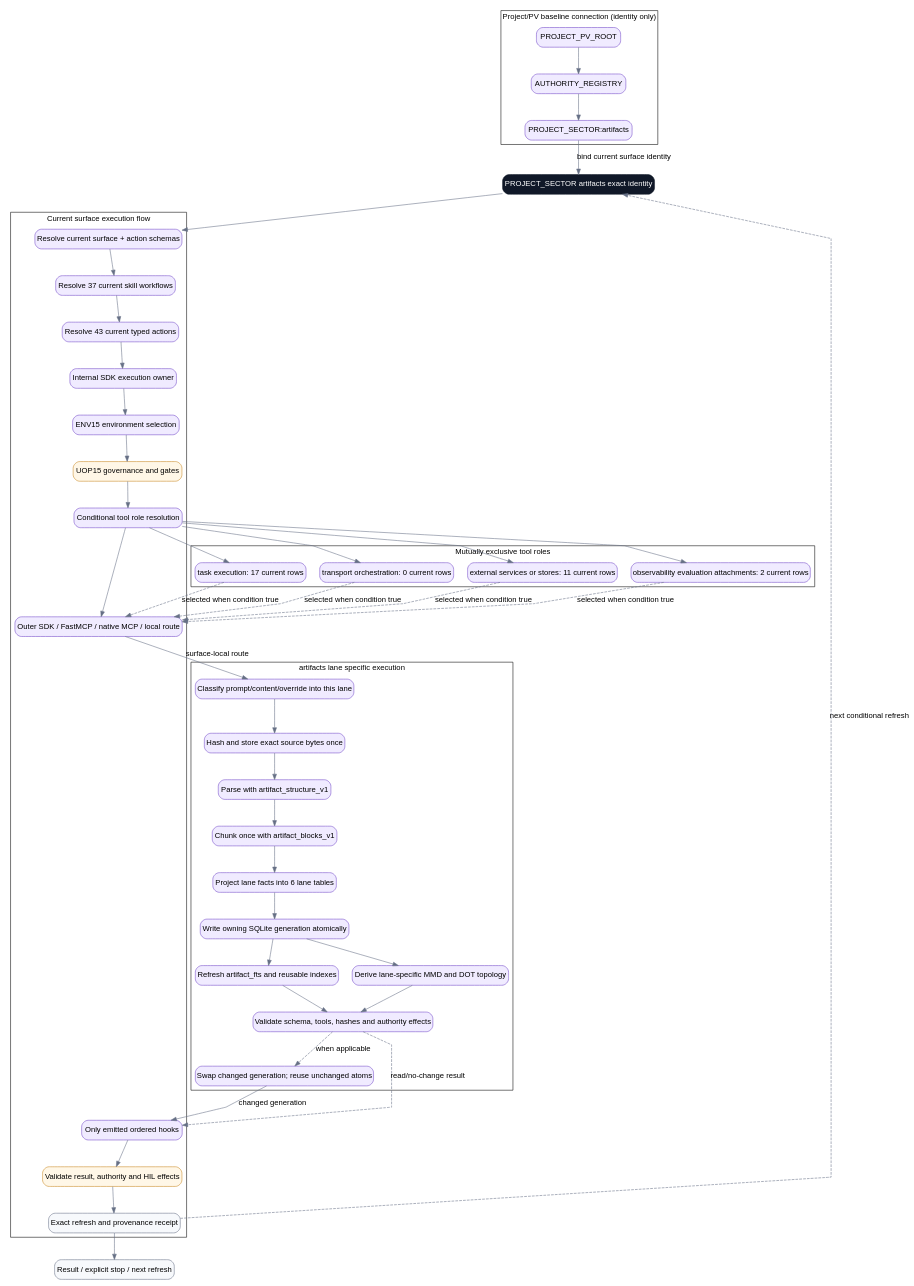
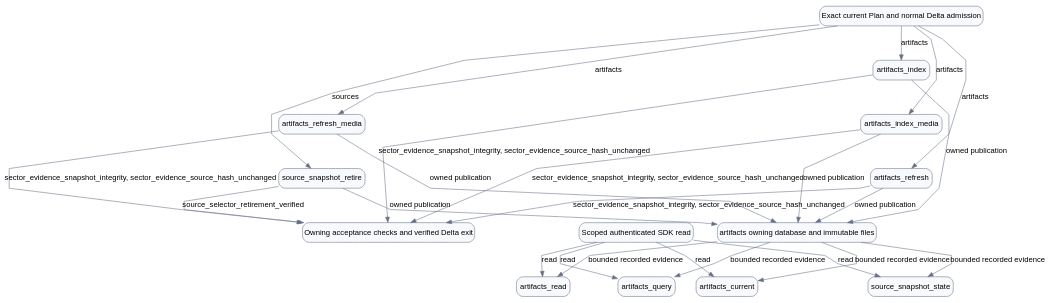
The diagram in plugins/evidence-lane-plugin/authorities/project_sectors/artifacts/workflow.dot (rathee000001/evidence_lane_plugin), drawn with Graphviz before and after one commit. The commit also changed 4606 other files, not shown here.

Commit message:
feat: build Evidence Lane v4 preinstall candidate

```diff
--- a/plugins/evidence-lane-plugin/authorities/project_sectors/artifacts/workflow.dot
+++ b/plugins/evidence-lane-plugin/authorities/project_sectors/artifacts/workflow.dot
@@ -1,85 +1,46 @@
-digraph surface_project_sector_artifacts {
+digraph workflow_artifacts {
   // EVIDENCE_LANE_GRAPH_ENGINE=PYTHON_GRAPHVIZ
   // PYTHON_GRAPHVIZ_VERSION=0.21
   bgcolor=white compound=true fontname=Arial newrank=true nodesep=0.35 rankdir=TB ranksep=0.65 splines=polyline
   node [color="#667085" fontname=Arial shape=box style="rounded,filled"]
   edge [color="#667085" fontname=Arial]
-  ENTRY [label="PROJECT_SECTOR artifacts exact identity" color="#101828" fillcolor="#101828" fontcolor=white shape=box style="rounded,filled"]
-  EXIT [label="Result / explicit stop / next refresh" color="#667085" fillcolor="#f7f9fc" shape=box style="rounded,filled"]
-  subgraph cluster_flow {
-    label="Current surface execution flow" rankdir=TB
-    SCHEMA [label="Resolve current surface + action schemas" color="#7147c7" fillcolor="#f0ebff" shape=box style="rounded,filled"]
-    SKILLS [label="Resolve 37 current skill workflows" color="#7147c7" fillcolor="#f0ebff" shape=box style="rounded,filled"]
-    ACTIONS [label="Resolve 43 current typed actions" color="#7147c7" fillcolor="#f0ebff" shape=box style="rounded,filled"]
-    INTERNAL_SDK [label="Internal SDK execution owner" color="#7147c7" fillcolor="#f0ebff" shape=box style="rounded,filled"]
-    ENV [label="ENV15 environment selection" color="#7147c7" fillcolor="#f0ebff" shape=box style="rounded,filled"]
-    UOP [label="UOP15 governance and gates" color="#c88722" fillcolor="#fff7e7" shape=box style="rounded,filled"]
-    TOOLS [label="Conditional tool role resolution" color="#7147c7" fillcolor="#f0ebff" shape=box style="rounded,filled"]
-    OUTER [label="Outer SDK / FastMCP / native MCP / local route" color="#7147c7" fillcolor="#f0ebff" shape=box style="rounded,filled"]
-    HOOKS [label="Only emitted ordered hooks" color="#7147c7" fillcolor="#f0ebff" shape=box style="rounded,filled"]
-    VALIDATE [label="Validate result, authority and HIL effects" color="#c88722" fillcolor="#fff7e7" shape=box style="rounded,filled"]
-    RECEIPT [label="Exact refresh and provenance receipt" color="#667085" fillcolor="#f7f9fc" shape=box style="rounded,filled"]
-  }
-  subgraph cluster_project_pv_baseline {
-    label="Project/PV baseline connection (identity only)" rankdir=TB
-    BASELINE_01 [label=PROJECT_PV_ROOT color="#7147c7" fillcolor="#f0ebff" shape=box style="rounded,filled"]
-    BASELINE_02 [label=AUTHORITY_REGISTRY color="#7147c7" fillcolor="#f0ebff" shape=box style="rounded,filled"]
-    BASELINE_03 [label="PROJECT_SECTOR:artifacts" color="#7147c7" fillcolor="#f0ebff" shape=box style="rounded,filled"]
-  }
-  subgraph cluster_surface_phases {
-    label="artifacts lane specific execution" rankdir=TB
-    PHASE_SOURCE_CLASSIFY [label="Classify prompt/content/override into this lane" color="#7147c7" fillcolor="#f0ebff" shape=box style="rounded,filled"]
-    PHASE_EXACT_SOURCE_CAS [label="Hash and store exact source bytes once" color="#7147c7" fillcolor="#f0ebff" shape=box style="rounded,filled"]
-    PHASE_LANE_PARSE [label="Parse with artifact_structure_v1" color="#7147c7" fillcolor="#f0ebff" shape=box style="rounded,filled"]
-    PHASE_LANE_CHUNK [label="Chunk once with artifact_blocks_v1" color="#7147c7" fillcolor="#f0ebff" shape=box style="rounded,filled"]
-    PHASE_STRUCTURED_FACTS [label="Project lane facts into 6 lane tables" color="#7147c7" fillcolor="#f0ebff" shape=box style="rounded,filled"]
-    PHASE_SQLITE_COMMIT [label="Write owning SQLite generation atomically" color="#7147c7" fillcolor="#f0ebff" shape=box style="rounded,filled"]
-    PHASE_RETRIEVAL_INDEX [label="Refresh artifact_fts and reusable indexes" color="#7147c7" fillcolor="#f0ebff" shape=box style="rounded,filled"]
-    PHASE_TOPOLOGY_GRAPH [label="Derive lane-specific MMD and DOT topology" color="#7147c7" fillcolor="#f0ebff" shape=box style="rounded,filled"]
-    PHASE_RESULT_VALIDATE [label="Validate schema, tools, hashes and authority effects" color="#7147c7" fillcolor="#f0ebff" shape=box style="rounded,filled"]
-    PHASE_ATOMIC_REFRESH [label="Swap changed generation; reuse unchanged atoms" color="#7147c7" fillcolor="#f0ebff" shape=box style="rounded,filled"]
-  }
-  subgraph cluster_tool_roles {
-    label="Mutually exclusive tool roles" rankdir=TB
-    ROLE_TASK_EXECUTION [label="task execution: 17 current rows" color="#7147c7" fillcolor="#f0ebff" shape=box style="rounded,filled"]
-    ROLE_TRANSPORT_ORCHESTRATION [label="transport orchestration: 0 current rows" color="#7147c7" fillcolor="#f0ebff" shape=box style="rounded,filled"]
-    ROLE_EXTERNAL_SERVICES_OR_STORES [label="external services or stores: 11 current rows" color="#7147c7" fillcolor="#f0ebff" shape=box style="rounded,filled"]
-    ROLE_OBSERVABILITY_EVALUATION_ATTACHMENTS [label="observability evaluation attachments: 2 current rows" color="#7147c7" fillcolor="#f0ebff" shape=box style="rounded,filled"]
-  }
-  ENTRY -> SCHEMA
-  SCHEMA -> SKILLS
-  SKILLS -> ACTIONS
-  ACTIONS -> INTERNAL_SDK
-  INTERNAL_SDK -> ENV
-  ENV -> UOP
-  UOP -> TOOLS
-  TOOLS -> OUTER
-  BASELINE_01 -> BASELINE_02
-  BASELINE_02 -> BASELINE_03
-  BASELINE_03 -> ENTRY [label="bind current surface identity"]
-  OUTER -> PHASE_SOURCE_CLASSIFY [label="surface-local route"]
-  PHASE_SOURCE_CLASSIFY -> PHASE_EXACT_SOURCE_CAS
-  PHASE_EXACT_SOURCE_CAS -> PHASE_LANE_PARSE
-  PHASE_LANE_PARSE -> PHASE_LANE_CHUNK
-  PHASE_LANE_CHUNK -> PHASE_STRUCTURED_FACTS
-  PHASE_STRUCTURED_FACTS -> PHASE_SQLITE_COMMIT
-  PHASE_SQLITE_COMMIT -> PHASE_RETRIEVAL_INDEX
-  PHASE_SQLITE_COMMIT -> PHASE_TOPOLOGY_GRAPH
-  PHASE_RETRIEVAL_INDEX -> PHASE_RESULT_VALIDATE
-  PHASE_TOPOLOGY_GRAPH -> PHASE_RESULT_VALIDATE
-  PHASE_RESULT_VALIDATE -> PHASE_ATOMIC_REFRESH [label="when applicable" style=dashed]
-  PHASE_RESULT_VALIDATE -> HOOKS [label="read/no-change result" style=dashed]
-  PHASE_ATOMIC_REFRESH -> HOOKS [label="changed generation"]
-  HOOKS -> VALIDATE
-  VALIDATE -> RECEIPT
-  RECEIPT -> EXIT
-  RECEIPT -> ENTRY [label="next conditional refresh" style=dashed]
-  TOOLS -> ROLE_TASK_EXECUTION
-  ROLE_TASK_EXECUTION -> OUTER [label="selected when condition true" style=dashed]
-  TOOLS -> ROLE_TRANSPORT_ORCHESTRATION
-  ROLE_TRANSPORT_ORCHESTRATION -> OUTER [label="selected when condition true" style=dashed]
-  TOOLS -> ROLE_EXTERNAL_SERVICES_OR_STORES
-  ROLE_EXTERNAL_SERVICES_OR_STORES -> OUTER [label="selected when condition true" style=dashed]
-  TOOLS -> ROLE_OBSERVABILITY_EVALUATION_ATTACHMENTS
-  ROLE_OBSERVABILITY_EVALUATION_ATTACHMENTS -> OUTER [label="selected when condition true" style=dashed]
+  lane [label="artifacts owning database and immutable files" color="#667085" fillcolor="#f7f9fc" shape=box style="rounded,filled"]
+  delta [label="Exact current Plan and normal Delta admission" color="#667085" fillcolor="#f7f9fc" shape=box style="rounded,filled"]
+  verify [label="Owning acceptance checks and verified Delta exit" color="#667085" fillcolor="#f7f9fc" shape=box style="rounded,filled"]
+  read [label="Scoped authenticated SDK read" color="#667085" fillcolor="#f7f9fc" shape=box style="rounded,filled"]
+  action_artifacts_current [label=artifacts_current color="#667085" fillcolor="#f7f9fc" shape=box style="rounded,filled"]
+  action_artifacts_index [label=artifacts_index color="#667085" fillcolor="#f7f9fc" shape=box style="rounded,filled"]
+  action_artifacts_index_media [label=artifacts_index_media color="#667085" fillcolor="#f7f9fc" shape=box style="rounded,filled"]
+  action_artifacts_query [label=artifacts_query color="#667085" fillcolor="#f7f9fc" shape=box style="rounded,filled"]
+  action_artifacts_read [label=artifacts_read color="#667085" fillcolor="#f7f9fc" shape=box style="rounded,filled"]
+  action_artifacts_refresh [label=artifacts_refresh color="#667085" fillcolor="#f7f9fc" shape=box style="rounded,filled"]
+  action_artifacts_refresh_media [label=artifacts_refresh_media color="#667085" fillcolor="#f7f9fc" shape=box style="rounded,filled"]
+  action_source_snapshot_retire [label=source_snapshot_retire color="#667085" fillcolor="#f7f9fc" shape=box style="rounded,filled"]
+  action_source_snapshot_state [label=source_snapshot_state color="#667085" fillcolor="#f7f9fc" shape=box style="rounded,filled"]
+  read -> action_artifacts_current [label=read]
+  lane -> action_artifacts_current [label="bounded recorded evidence"]
+  delta -> action_artifacts_index [label=artifacts]
+  action_artifacts_index -> lane [label="owned publication"]
+  action_artifacts_index -> verify [label="sector_evidence_snapshot_integrity, sector_evidence_source_hash_unchanged"]
+  delta -> action_artifacts_index_media [label=artifacts]
+  action_artifacts_index_media -> lane [label="owned publication"]
+  action_artifacts_index_media -> verify [label="sector_evidence_snapshot_integrity, sector_evidence_source_hash_unchanged"]
+  read -> action_artifacts_query [label=read]
+  lane -> action_artifacts_query [label="bounded recorded evidence"]
+  read -> action_artifacts_read [label=read]
+  lane -> action_artifacts_read [label="bounded recorded evidence"]
+  delta -> action_artifacts_refresh [label=artifacts]
+  action_artifacts_refresh -> lane [label="owned publication"]
+  action_artifacts_refresh -> verify [label="sector_evidence_snapshot_integrity, sector_evidence_source_hash_unchanged"]
+  delta -> action_artifacts_refresh_media [label=artifacts]
+  action_artifacts_refresh_media -> lane [label="owned publication"]
+  action_artifacts_refresh_media -> verify [label="sector_evidence_snapshot_integrity, sector_evidence_source_hash_unchanged"]
+  delta -> action_source_snapshot_retire [label=sources]
+  action_source_snapshot_retire -> lane [label="owned publication"]
+  action_source_snapshot_retire -> verify [label=source_selector_retirement_verified]
+  read -> action_source_snapshot_state [label=read]
+  lane -> action_source_snapshot_state [label="bounded recorded evidence"]
+  action_artifacts_index -> action_artifacts_index_media [constraint=true style=invis weight=100]
+  action_artifacts_index_media -> action_artifacts_refresh [constraint=true style=invis weight=100]
+  action_artifacts_refresh_media -> action_source_snapshot_retire [constraint=true style=invis weight=100]
 }
```
